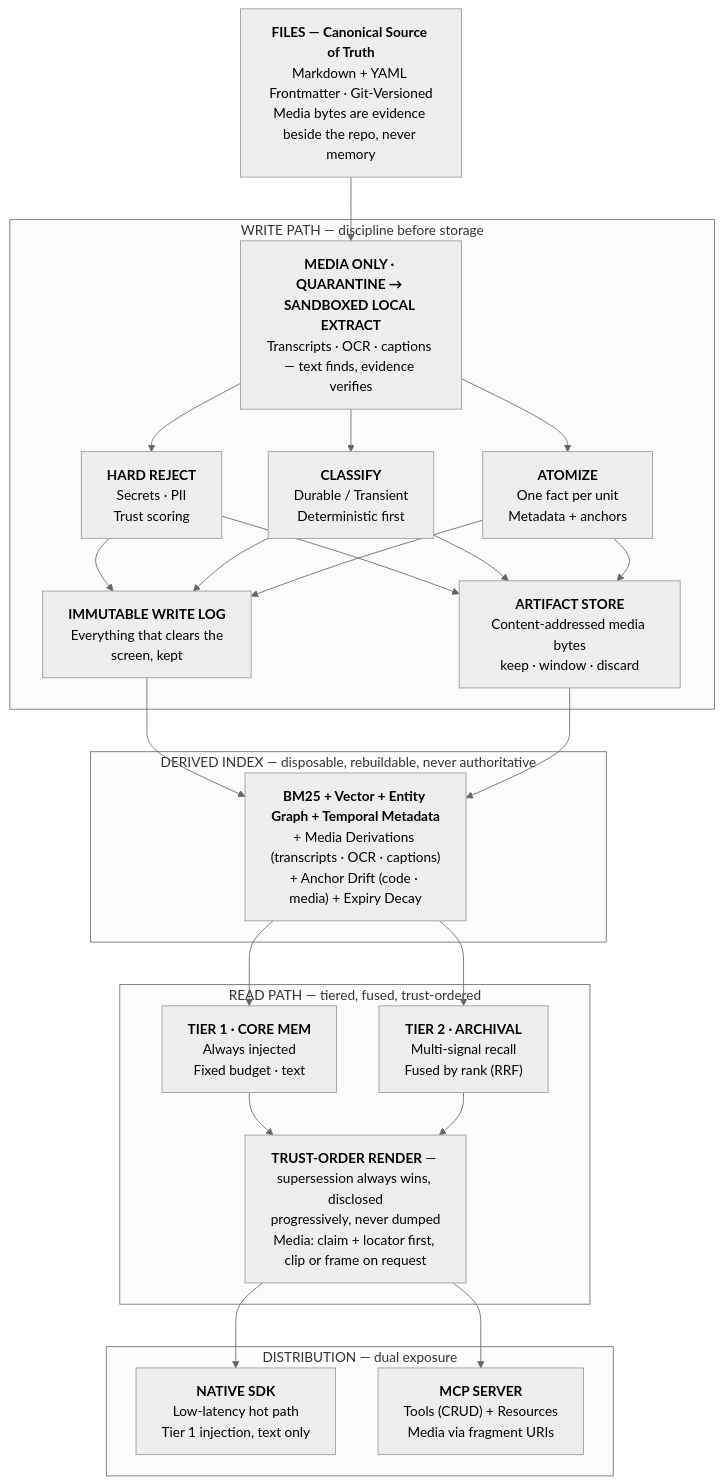
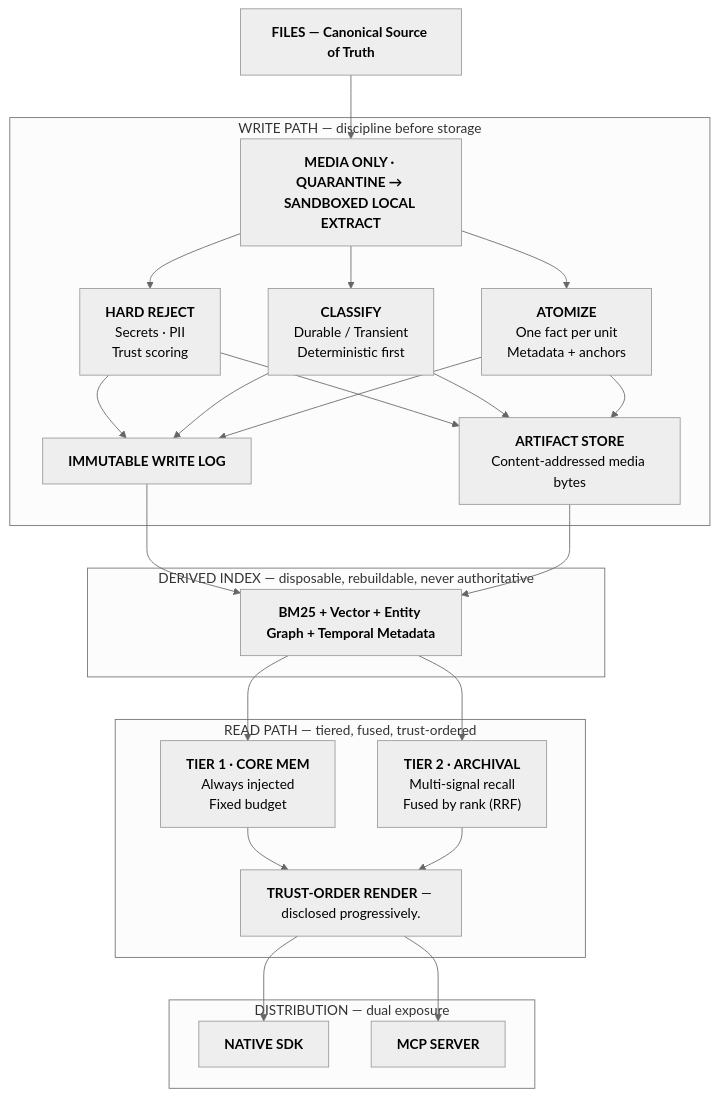
The diagram in apps/docs/content/manifesto/index.md (memo-fs/memofs), drawn with Mermaid (neutral theme) before and after one commit. The commit also changed other lines of this file and 69 other files, not shown here.

````diff
--- a/apps/docs/content/manifesto/index.md
+++ b/apps/docs/content/manifesto/index.md
@@ -102,36 +102,36 @@
 ```mermaid
 flowchart TD
-    Files["<b>FILES — Canonical Source of Truth</b><br/>Markdown + YAML Frontmatter · Git-Versioned<br/>Media bytes are evidence beside the repo, never memory"]
+    Files["<b>FILES — Canonical Source of Truth</b>"]
 
     subgraph WritePath ["WRITE PATH — discipline before storage"]
-        Extract["<b>MEDIA ONLY · QUARANTINE → SANDBOXED LOCAL EXTRACT</b><br/>Transcripts · OCR · captions — text finds, evidence verifies"]
+        Extract["<b>MEDIA ONLY · QUARANTINE → SANDBOXED LOCAL EXTRACT</b>"]
         HardReject["<b>HARD REJECT</b><br/>Secrets · PII<br/>Trust scoring"]
         Classify["<b>CLASSIFY</b><br/>Durable / Transient<br/>Deterministic first"]
         Atomize["<b>ATOMIZE</b><br/>One fact per unit<br/>Metadata + anchors"]
-        WriteLog["<b>IMMUTABLE WRITE LOG</b><br/>Everything that clears the<br/>screen, kept"]
-        ArtifactStore["<b>ARTIFACT STORE</b><br/>Content-addressed media bytes<br/>keep · window · discard"]
+        WriteLog["<b>IMMUTABLE WRITE LOG</b>"]
+        ArtifactStore["<b>ARTIFACT STORE</b><br/>Content-addressed media bytes"]
     end
 
     subgraph DerivedIndex ["DERIVED INDEX — disposable, rebuildable, never authoritative"]
-        IndexEngine["<b>BM25 + Vector + Entity Graph + Temporal Metadata</b><br/>+ Media Derivations (transcripts · OCR · captions)<br/>+ Anchor Drift (code · media) + Expiry Decay"]
+        IndexEngine["<b>BM25 + Vector + Entity Graph + Temporal Metadata</b>"]
     end
 
     subgraph ReadPath ["READ PATH — tiered, fused, trust-ordered"]
-        Tier1["<b>TIER 1 · CORE MEM</b><br/>Always injected<br/>Fixed budget · text"]
+        Tier1["<b>TIER 1 · CORE MEM</b><br/>Always injected<br/>Fixed budget"]
         Tier2["<b>TIER 2 · ARCHIVAL</b><br/>Multi-signal recall<br/>Fused by rank (RRF)"]
-        TrustRender["<b>TRUST-ORDER RENDER</b> — supersession always wins, disclosed<br/>progressively, never dumped<br/>Media: claim + locator first, clip or frame on request"]
+        TrustRender["<b>TRUST-ORDER RENDER</b> — disclosed progressively."]
     end
 
     subgraph Distribution ["DISTRIBUTION — dual exposure"]
-        NativeSDK["<b>NATIVE SDK</b><br/>Low-latency hot path<br/>Tier 1 injection, text only"]
-        MCPServer["<b>MCP SERVER</b><br/>Tools (CRUD) + Resources<br/>Media via fragment URIs"]
+        NativeSDK["<b>NATIVE SDK</b>"]
+        MCPServer["<b>MCP SERVER</b>"]
     end
 
     Files --> Extract
     Extract --> HardReject & Classify & Atomize
     HardReject & Classify & Atomize --> WriteLog & ArtifactStore
     WriteLog & ArtifactStore --> IndexEngine
     IndexEngine --> Tier1 & Tier2
     Tier1 & Tier2 --> TrustRender
     TrustRender --> NativeSDK & MCPServer
 ```
````
